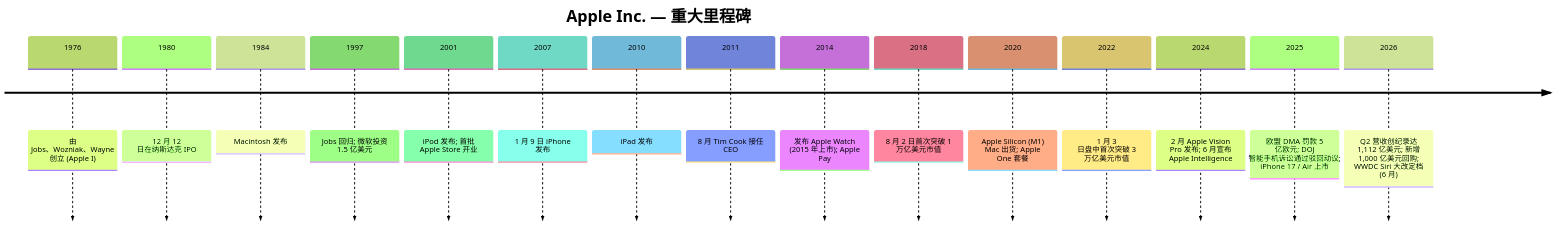
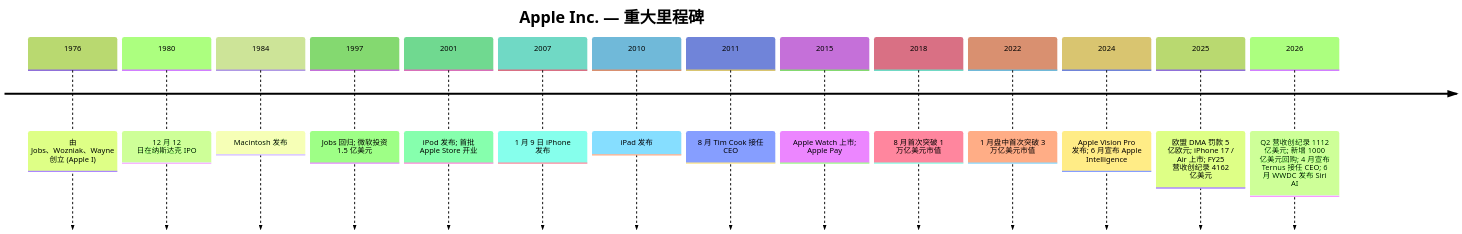
The first of 4 diagrams in reports/company/Apple_NASDAQ_AAPL/Apple_NASDAQ_AAPL_公司研究.md (dadachundan/financial_agent), drawn with Mermaid (forest theme) before and after one commit. The commit also changed other lines of this file and 9 other files, not shown here.

First line of the commit message:
feat(company-research): refresh Apple (AAPL) to current spec — Overweight $325, decision layer + full SVG chart suite

````diff
--- a/reports/company/Apple_NASDAQ_AAPL/Apple_NASDAQ_AAPL_公司研究.md
+++ b/reports/company/Apple_NASDAQ_AAPL/Apple_NASDAQ_AAPL_公司研究.md
@@ -55,19 +414,18 @@
 ```mermaid
 timeline
     title Apple Inc. — 重大里程碑
     1976 : 由 Jobs、Wozniak、Wayne 创立 (Apple I)
     1980 : 12 月 12 日在纳斯达克 IPO
     1984 : Macintosh 发布
     1997 : Jobs 回归; 微软投资 1.5 亿美元
     2001 : iPod 发布; 首批 Apple Store 开业
     2007 : 1 月 9 日 iPhone 发布
     2010 : iPad 发布
     2011 : 8 月 Tim Cook 接任 CEO
-    2014 : 发布 Apple Watch (2015 年上市); Apple Pay
-    2018 : 8 月 2 日首次突破 1 万亿美元市值
-    2020 : Apple Silicon (M1) Mac 出货; Apple One 套餐
-    2022 : 1 月 3 日盘中首次突破 3 万亿美元市值
-    2024 : 2 月 Apple Vision Pro 发布; 6 月宣布 Apple Intelligence
-    2025 : 欧盟 DMA 罚款 5 亿欧元; DOJ 智能手机诉讼通过驳回动议; iPhone 17 / Air 上市
-    2026 : Q2 营收创纪录达 1,112 亿美元; 新增 1,000 亿美元回购; WWDC Siri 大改定档 (6 月)
+    2015 : Apple Watch 上市; Apple Pay
+    2018 : 8 月首次突破 1 万亿美元市值
+    2022 : 1 月盘中首次突破 3 万亿美元市值
+    2024 : Apple Vision Pro 发布; 6 月宣布 Apple Intelligence
+    2025 : 欧盟 DMA 罚款 5 亿欧元; iPhone 17 / Air 上市; FY25 营收创纪录 4162 亿美元
+    2026 : Q2 营收创纪录 1112 亿美元; 新增 1000 亿美元回购; 4 月宣布 Ternus 接任 CEO; 6 月 WWDC 发布 Siri AI
 ```
````
